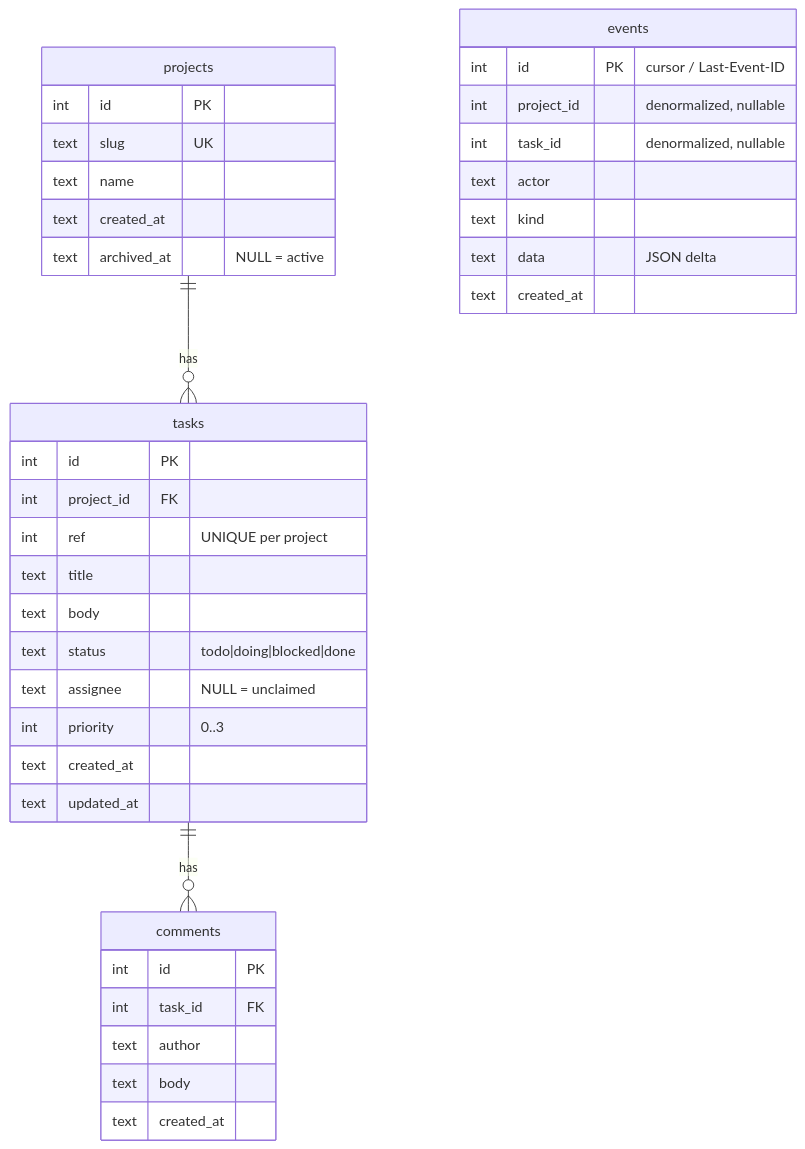
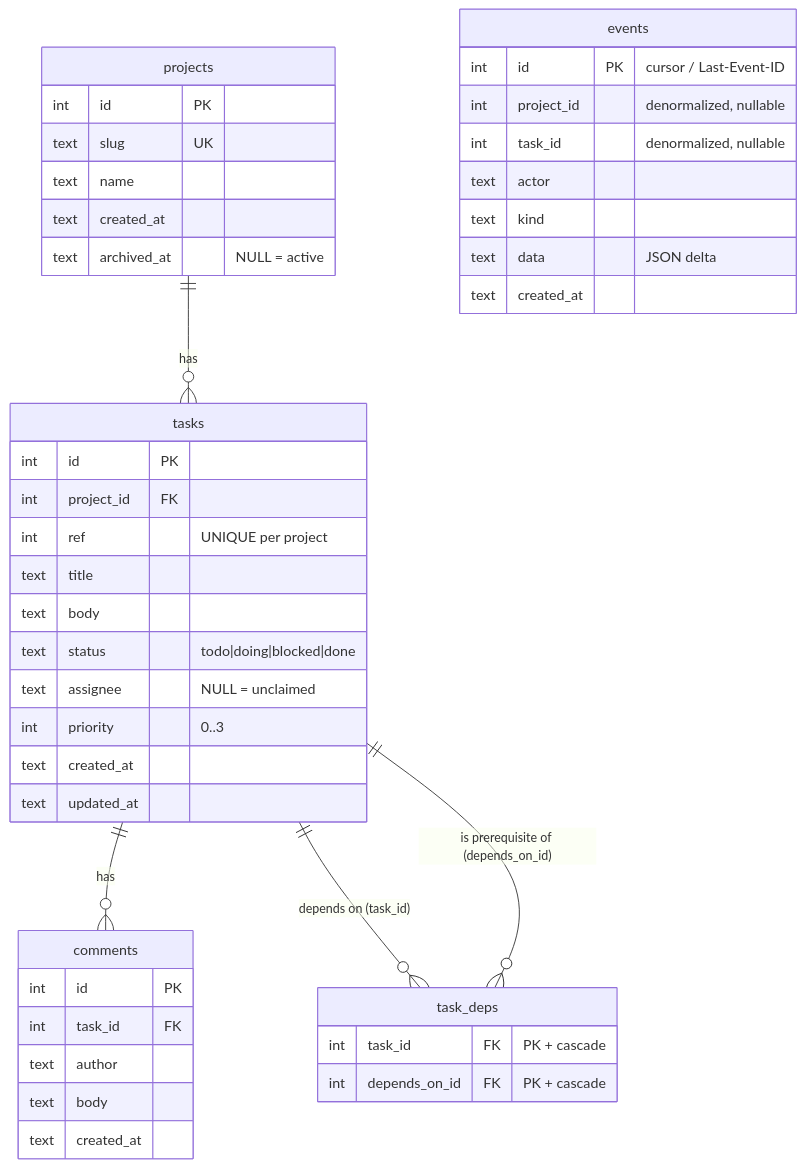
The diagram in architecture/data-model.md (RamiAltai/agentman), drawn with Mermaid before and after one commit. The commit also changed other lines of this file and 19 other files, not shown here.

````diff
--- a/architecture/data-model.md
+++ b/architecture/data-model.md
@@ -143,40 +170,46 @@
 ```mermaid
 erDiagram
   projects ||--o{ tasks : "has"
   tasks ||--o{ comments : "has"
+  tasks ||--o{ task_deps : "depends on (task_id)"
+  tasks ||--o{ task_deps : "is prerequisite of (depends_on_id)"
   projects {
     int id PK
     text slug UK
     text name
     text created_at
     text archived_at "NULL = active"
   }
   tasks {
     int id PK
     int project_id FK
     int ref "UNIQUE per project"
     text title
     text body
     text status "todo|doing|blocked|done"
     text assignee "NULL = unclaimed"
     int priority "0..3"
     text created_at
     text updated_at
   }
+  task_deps {
+    int task_id FK "PK + cascade"
+    int depends_on_id FK "PK + cascade"
+  }
   comments {
     int id PK
     int task_id FK
     text author
     text body
     text created_at
   }
   events {
     int id PK "cursor / Last-Event-ID"
     int project_id "denormalized, nullable"
     int task_id "denormalized, nullable"
     text actor
     text kind
     text data "JSON delta"
     text created_at
   }
 ```
````
